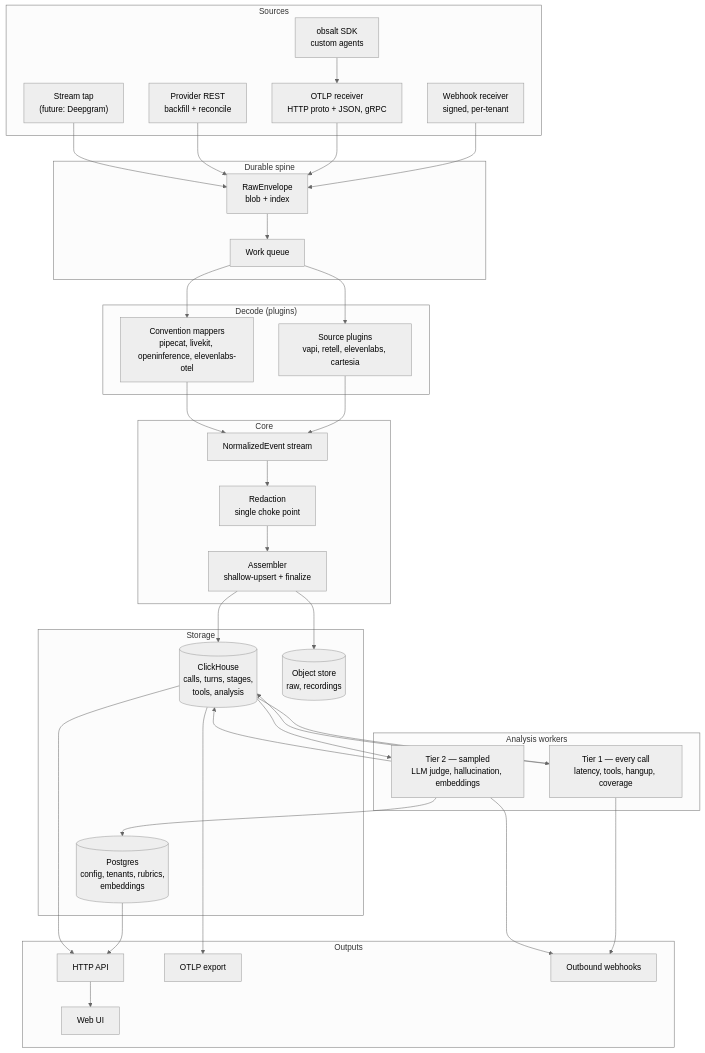
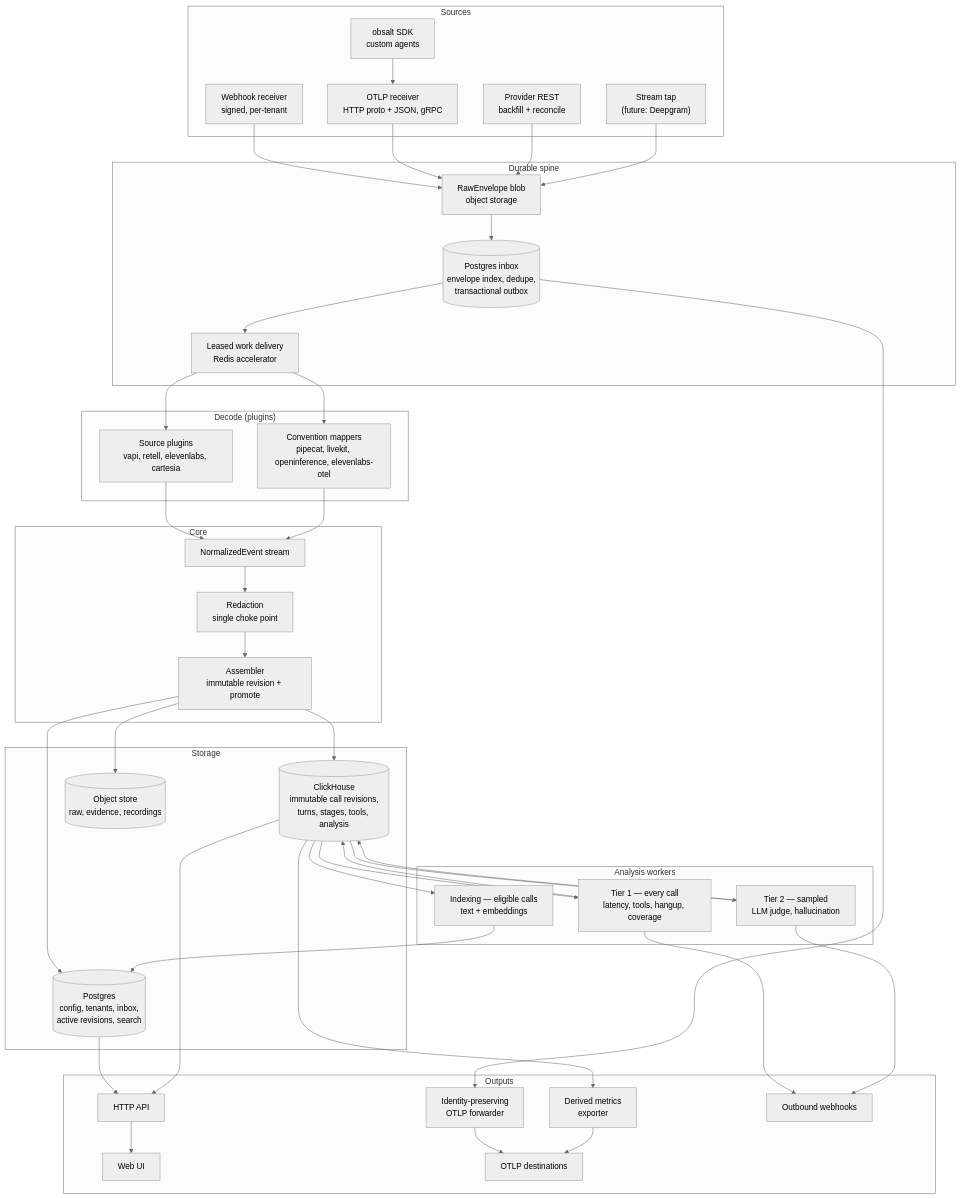
Before and after one commit to obsalt/obsalt-legacy: the diagram in docs/rewrite-plan.md, drawn with Mermaid (neutral theme). The commit also changed other lines of this file, not shown here.

First line of the commit message:
Revise obsalt v2 architecture and rewrite plan (#7)

````diff
--- a/docs/rewrite-plan.md
+++ b/docs/rewrite-plan.md
@@ -216,67 +250,73 @@
 ```mermaid
 flowchart TB
   subgraph sources ["Sources"]
     WH["Webhook receiver<br/>signed, per-tenant"]
     OTLP["OTLP receiver<br/>HTTP proto + JSON, gRPC"]
     SDK["obsalt SDK<br/>custom agents"]
     PULL["Provider REST<br/>backfill + reconcile"]
     SOCK["Stream tap<br/>(future: Deepgram)"]
   end
 
   subgraph spine ["Durable spine"]
-    RAW["RawEnvelope<br/>blob + index"]
-    Q["Work queue"]
+    RAW["RawEnvelope blob<br/>object storage"]
+    INBOX[("Postgres inbox<br/>envelope index, dedupe,<br/>transactional outbox")]
+    Q["Leased work delivery<br/>Redis accelerator"]
   end
 
   subgraph decode ["Decode (plugins)"]
     SRC["Source plugins<br/>vapi, retell, elevenlabs, cartesia"]
     MAP["Convention mappers<br/>pipecat, livekit, openinference, elevenlabs-otel"]
   end
 
   subgraph core ["Core"]
     NORM["NormalizedEvent stream"]
     RED["Redaction<br/>single choke point"]
-    ASM["Assembler<br/>shallow-upsert + finalize"]
+    ASM["Assembler<br/>immutable revision + promote"]
   end
 
   subgraph store ["Storage"]
-    CH[("ClickHouse<br/>calls, turns, stages,<br/>tools, analysis")]
-    PG[("Postgres<br/>config, tenants, rubrics,<br/>embeddings")]
-    OBJ[("Object store<br/>raw, recordings")]
+    CH[("ClickHouse<br/>immutable call revisions,<br/>turns, stages, tools, analysis")]
+    PG[("Postgres<br/>config, tenants, inbox,<br/>active revisions, search")]
+    OBJ[("Object store<br/>raw, evidence, recordings")]
   end
 
   subgraph analysis ["Analysis workers"]
     T1["Tier 1 — every call<br/>latency, tools, hangup, coverage"]
-    T2["Tier 2 — sampled<br/>LLM judge, hallucination, embeddings"]
+    IDX["Indexing — eligible calls<br/>text + embeddings"]
+    T2["Tier 2 — sampled<br/>LLM judge, hallucination"]
   end
 
   subgraph out ["Outputs"]
     API["HTTP API"]
     UI["Web UI"]
-    EXP["OTLP export"]
+    FWD["Identity-preserving<br/>OTLP forwarder"]
+    MET["Derived metrics<br/>exporter"]
+    EXP["OTLP destinations"]
     HOOK["Outbound webhooks"]
   end
 
   WH --> RAW
   OTLP --> RAW
   SDK --> OTLP
   PULL --> RAW
   SOCK --> RAW
-  RAW --> Q
+  RAW --> INBOX --> Q
   Q --> SRC
   Q --> MAP
   SRC --> NORM
   MAP --> NORM
   NORM --> RED --> ASM
   ASM --> CH
+  ASM --> PG
   ASM --> OBJ
   CH --> T1 --> CH
+  CH --> IDX --> PG
   CH --> T2 --> CH
-  T2 --> PG
   PG --> API
   CH --> API
   API --> UI
-  CH --> EXP
+  INBOX --> FWD --> EXP
+  CH --> MET --> EXP
   T1 --> HOOK
   T2 --> HOOK
 ```
````
